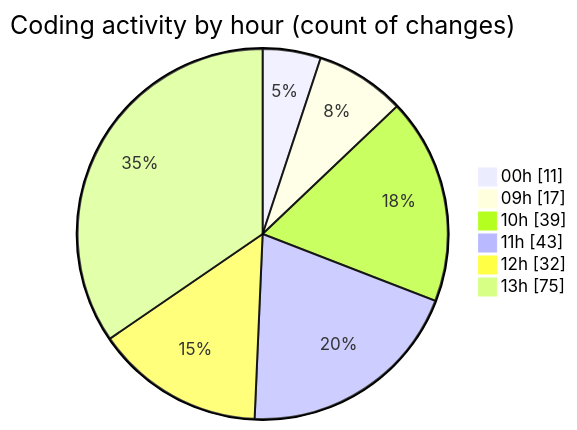
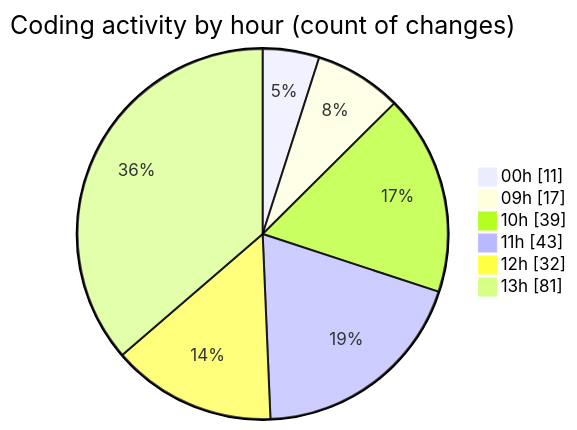
The second of 2 diagrams in 2026-09-02/cda/README.md (momahboobian/code-tracking), drawn with Mermaid before and after one commit. The commit also changed other lines of this file and 1 other file, not shown here.

````diff
--- a/2026-09-02/cda/README.md
+++ b/2026-09-02/cda/README.md
@@ -77,10 +81,10 @@
 ```mermaid
 pie showData
 title Coding activity by hour (count of changes)
 "00h" : 11
 "09h" : 17
 "10h" : 39
 "11h" : 43
 "12h" : 32
-"13h" : 75
+"13h" : 81
 ```
````
